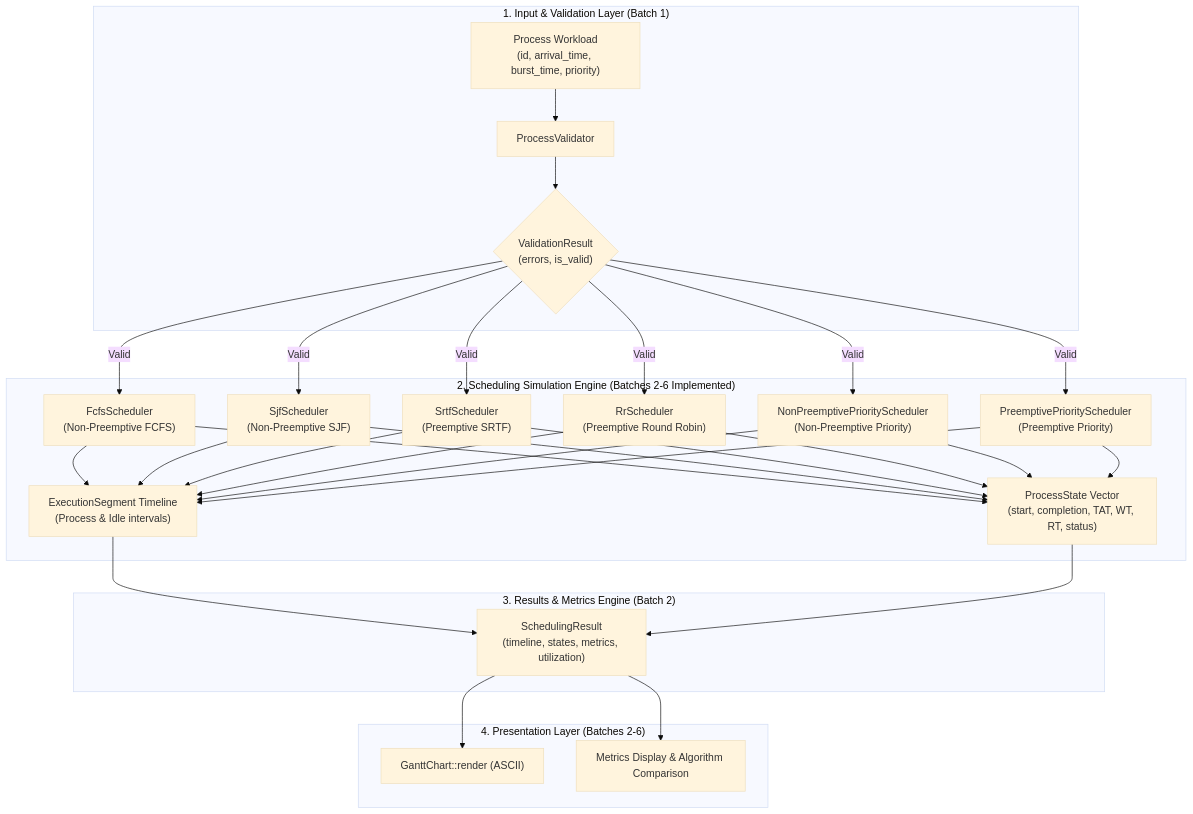
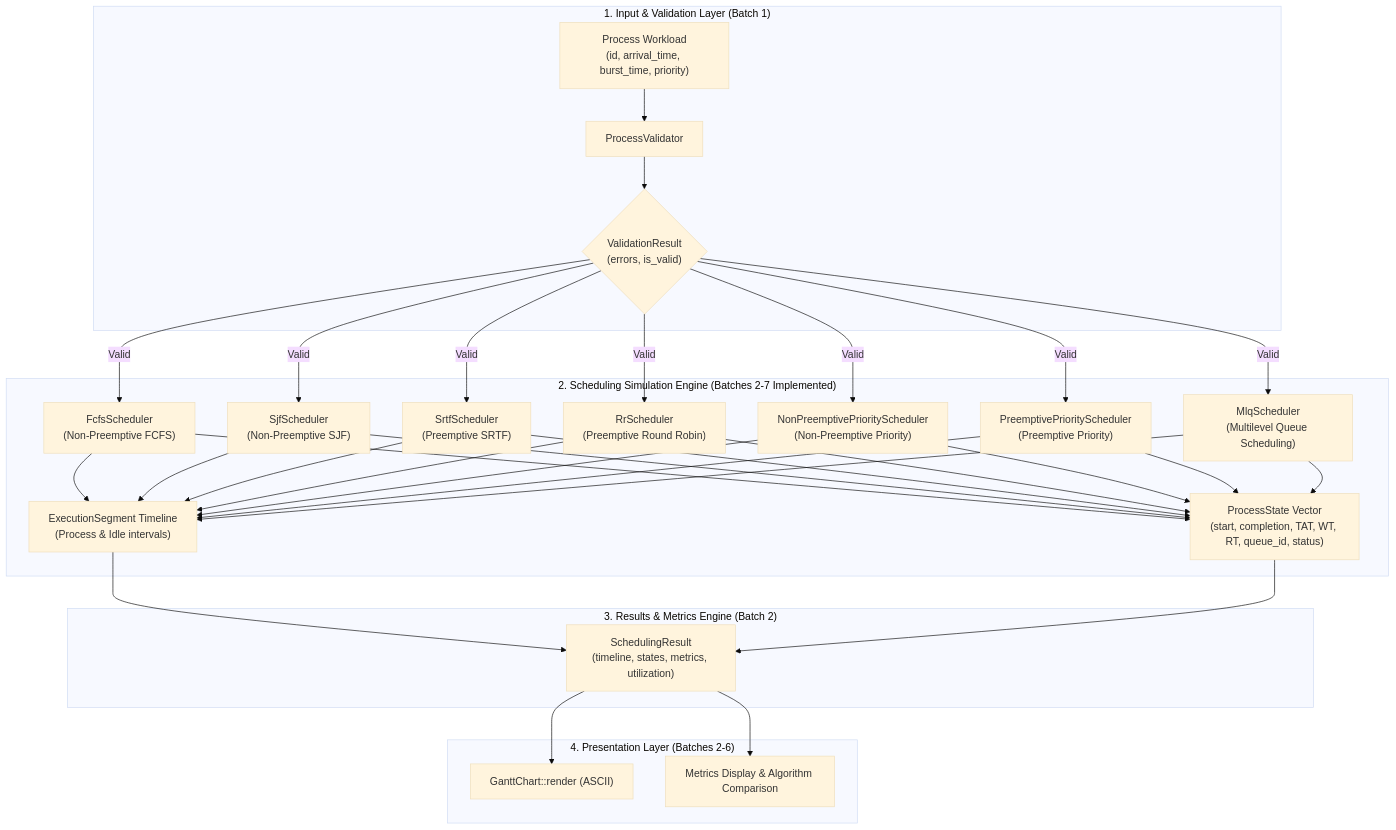
One commit to ThunderSkull7/cpu-scheduling-simulator changed the diagram in docs/ARCHITECTURE.md. Above: the diagram before and after it, drawn with Mermaid (base theme). The commit also changed other lines of this file and 9 other files, not shown here.

Commit message:
feat: implement multilevel queue CPU scheduling

````diff
--- a/docs/ARCHITECTURE.md
+++ b/docs/ARCHITECTURE.md
@@ -16,27 +16,28 @@
 ```mermaid
 flowchart TD
     subgraph InputLayer["1. Input & Validation Layer (Batch 1)"]
         RawWorkload["Process Workload\n(id, arrival_time, burst_time, priority)"] --> Validator["ProcessValidator"]
         Validator --> ValidationResult{"ValidationResult\n(errors, is_valid)"}
     end
 
-    subgraph SimulationLayer["2. Scheduling Simulation Engine (Batches 2-6 Implemented)"]
+    subgraph SimulationLayer["2. Scheduling Simulation Engine (Batches 2-7 Implemented)"]
         ValidationResult -->|Valid| Fcfs["FcfsScheduler\n(Non-Preemptive FCFS)"]
         ValidationResult -->|Valid| Sjf["SjfScheduler\n(Non-Preemptive SJF)"]
         ValidationResult -->|Valid| Srtf["SrtfScheduler\n(Preemptive SRTF)"]
         ValidationResult -->|Valid| Rr["RrScheduler\n(Preemptive Round Robin)"]
         ValidationResult -->|Valid| NpPrio["NonPreemptivePriorityScheduler\n(Non-Preemptive Priority)"]
         ValidationResult -->|Valid| PPrio["PreemptivePriorityScheduler\n(Preemptive Priority)"]
-        Fcfs & Sjf & Srtf & Rr & NpPrio & PPrio --> ProcessState["ProcessState Vector\n(start, completion, TAT, WT, RT, status)"]
-        Fcfs & Sjf & Srtf & Rr & NpPrio & PPrio --> Timeline["ExecutionSegment Timeline\n(Process & Idle intervals)"]
+        ValidationResult -->|Valid| Mlq["MlqScheduler\n(Multilevel Queue Scheduling)"]
+        Fcfs & Sjf & Srtf & Rr & NpPrio & PPrio & Mlq --> ProcessState["ProcessState Vector\n(start, completion, TAT, WT, RT, queue_id, status)"]
+        Fcfs & Sjf & Srtf & Rr & NpPrio & PPrio & Mlq --> Timeline["ExecutionSegment Timeline\n(Process & Idle intervals)"]
     end
 
     subgraph AnalyticsLayer["3. Results & Metrics Engine (Batch 2)"]
         Timeline & ProcessState --> SchedulingResult["SchedulingResult\n(timeline, states, metrics, utilization)"]
     end
 
     subgraph PresentationLayer["4. Presentation Layer (Batches 2-6)"]
         SchedulingResult --> GanttChart["GanttChart::render (ASCII)"]
         SchedulingResult --> CliMetrics["Metrics Display & Algorithm Comparison"]
     end
 ```
````
